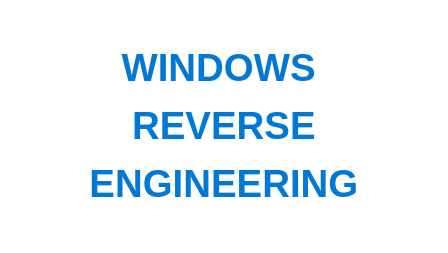
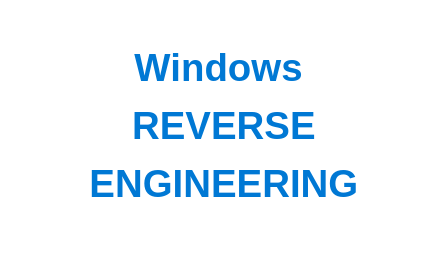
Before and after one commit to ReverseEngineeringAcademy/ReverseEngineeringAcademy.github.io: the third of 3 diagrams in README.md, drawn with Mermaid. The commit also changed other lines of this file, not shown here.

````diff
--- a/README.md
+++ b/README.md
@@ -19,5 +19,5 @@
 ```mermaid
 flowchart LR
-    T["WINDOWS REVERSE<br/>ENGINEERING"]
+    T["Windows REVERSE<br/>ENGINEERING"]
     style T fill:transparent,stroke:transparent,color:#0078D4,font-size:24px,font-weight:bold
 ```
````
